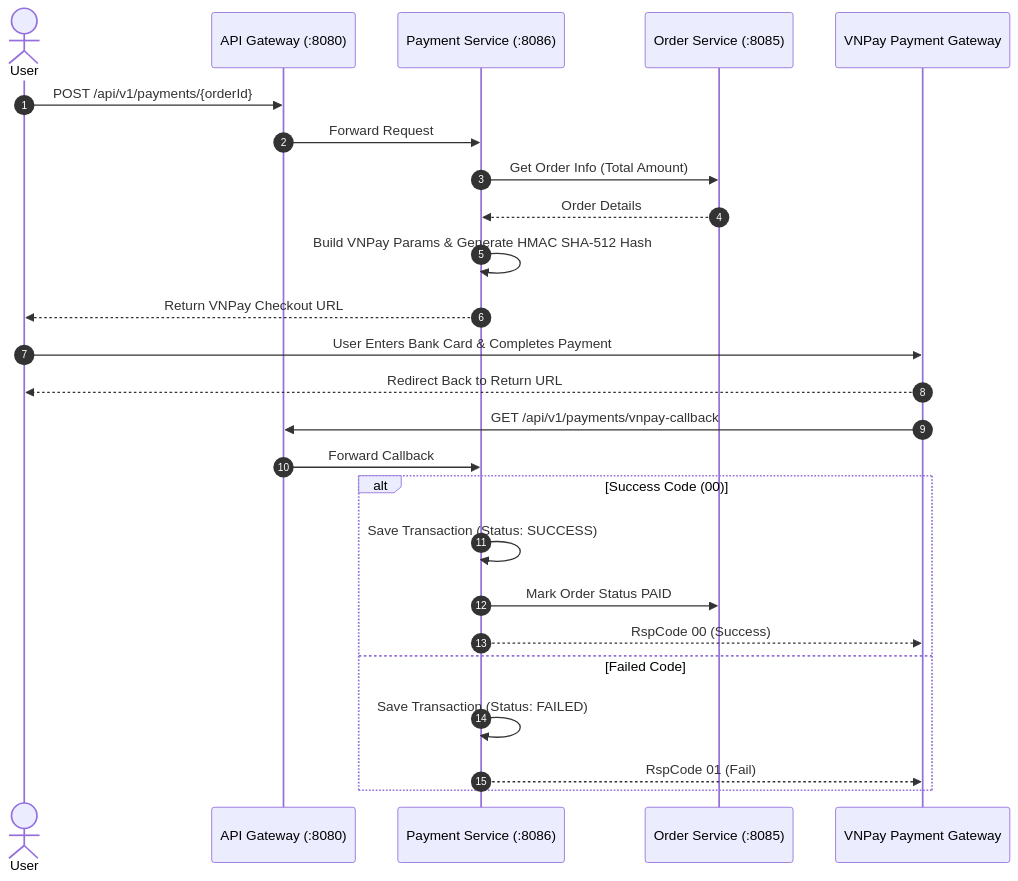
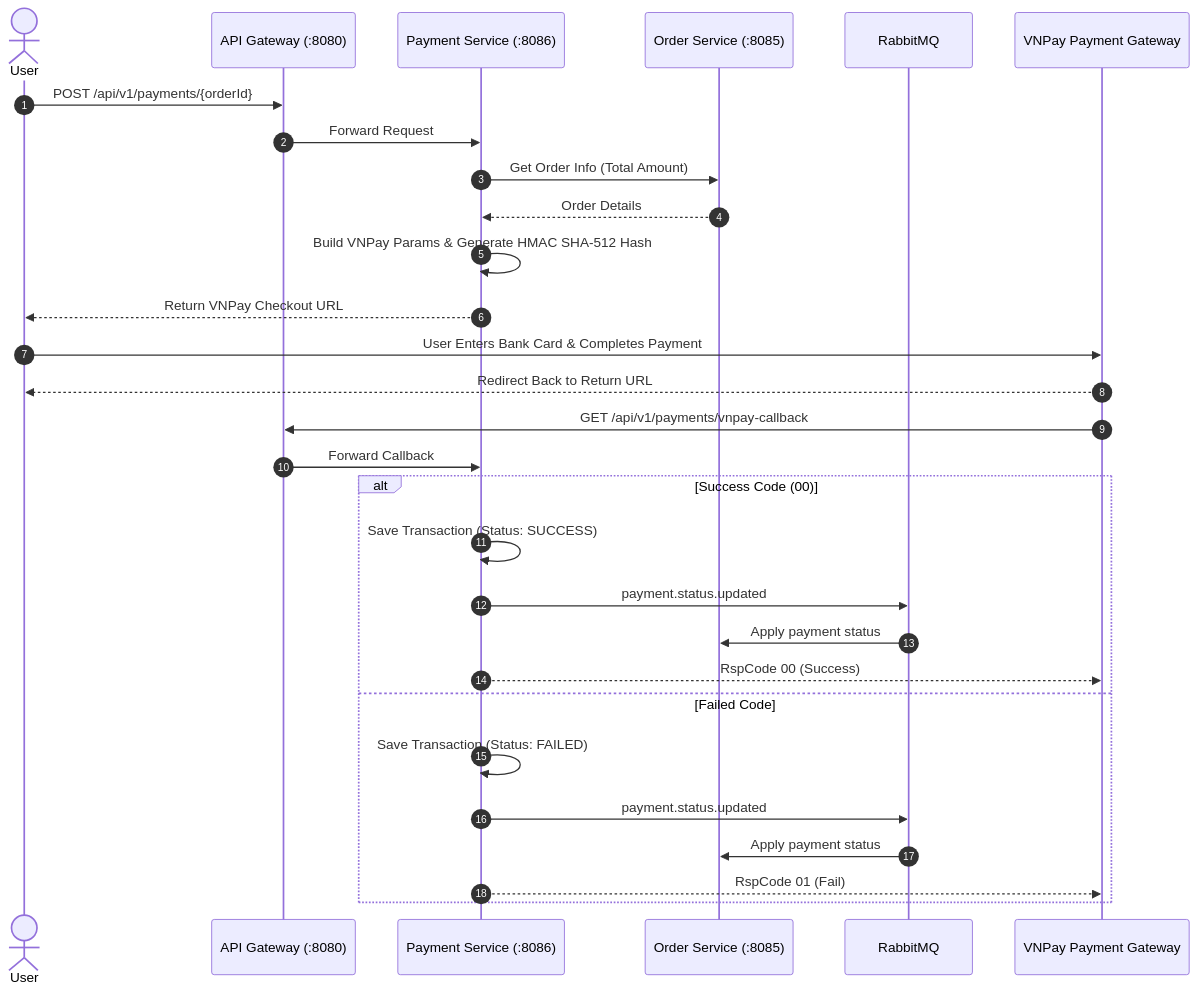
One commit to kyro-ecommerce/Backend changed the diagram in docs/services/payment-service.md. Above: the diagram before and after it, drawn with Mermaid. The commit also changed other lines of this file and 25 other files, not shown here.

First line of the commit message:
refactor(payment): publish payment status updates via RabbitMQ

````diff
--- a/docs/services/payment-service.md
+++ b/docs/services/payment-service.md
@@ -30,30 +30,34 @@
 ```mermaid
 sequenceDiagram
     autonumber
     actor User
     participant Gateway as API Gateway (:8080)
     participant Payment as Payment Service (:8086)
     participant Order as Order Service (:8085)
+    participant RabbitMQ
     participant VNPay as VNPay Payment Gateway
 
     User->>Gateway: POST /api/v1/payments/{orderId}
     Gateway->>Payment: Forward Request
     Payment->>Order: Get Order Info (Total Amount)
     Order-->>Payment: Order Details
     Payment->>Payment: Build VNPay Params & Generate HMAC SHA-512 Hash
     Payment-->>User: Return VNPay Checkout URL
 
     User->>VNPay: User Enters Bank Card & Completes Payment
     VNPay-->>User: Redirect Back to Return URL
 
     VNPay->>Gateway: GET /api/v1/payments/vnpay-callback
     Gateway->>Payment: Forward Callback
     alt Success Code (00)
         Payment->>Payment: Save Transaction (Status: SUCCESS)
-        Payment->>Order: Mark Order Status PAID
+        Payment->>RabbitMQ: payment.status.updated
+        RabbitMQ->>Order: Apply payment status
         Payment-->>VNPay: RspCode 00 (Success)
     else Failed Code
         Payment->>Payment: Save Transaction (Status: FAILED)
+        Payment->>RabbitMQ: payment.status.updated
+        RabbitMQ->>Order: Apply payment status
         Payment-->>VNPay: RspCode 01 (Fail)
     end
 ```
````
